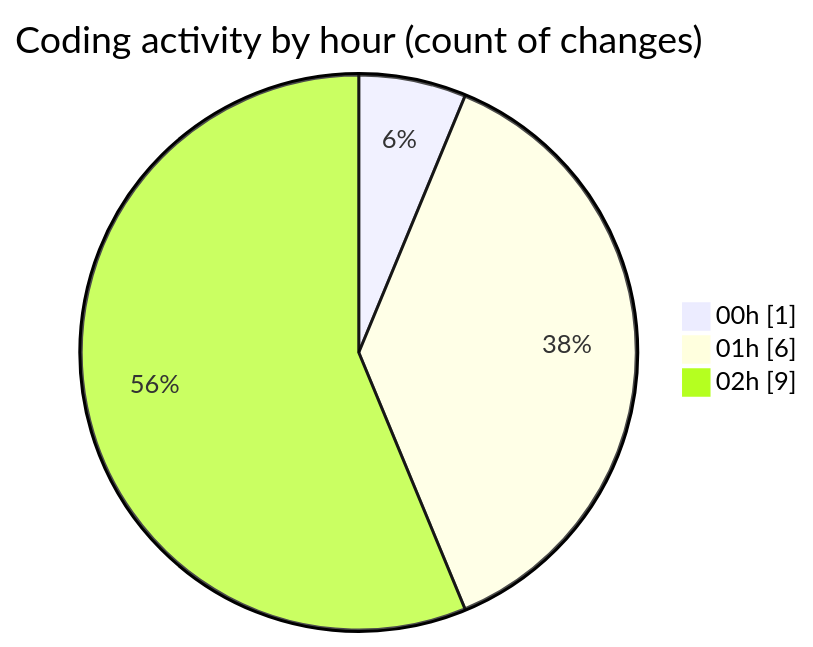
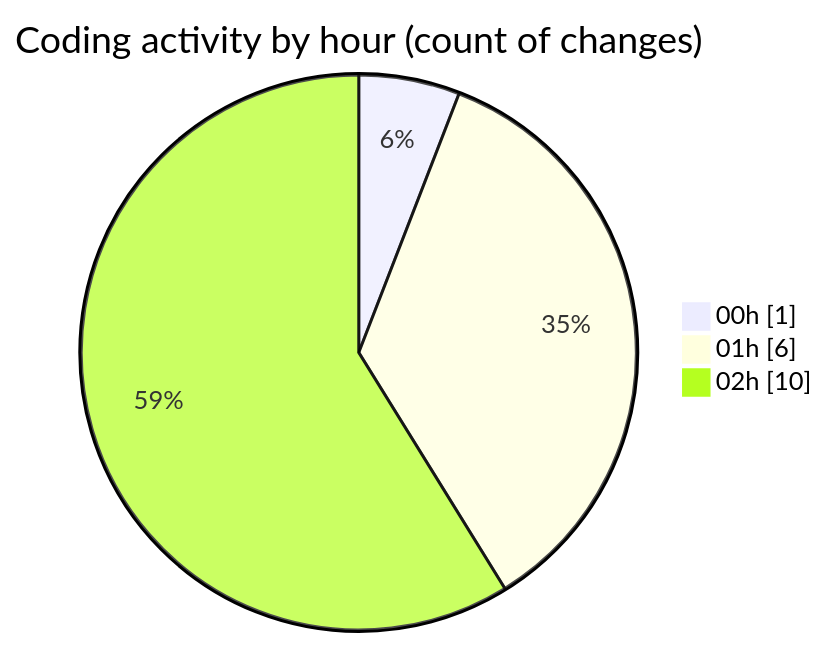
The second of 2 diagrams in 2025-11-22/eventscop-frontend-guide__workspace_/README.md (julien-gomy/code-tracking), drawn with Mermaid before and after one commit. The commit also changed other lines of this file and 1 other file, not shown here.

````diff
--- a/2025-11-22/eventscop-frontend-guide__workspace_/README.md
+++ b/2025-11-22/eventscop-frontend-guide__workspace_/README.md
@@ -34,7 +34,7 @@
 ```mermaid
 pie showData
 title Coding activity by hour (count of changes)
 "00h" : 1
 "01h" : 6
-"02h" : 9
+"02h" : 10
 ```
````
